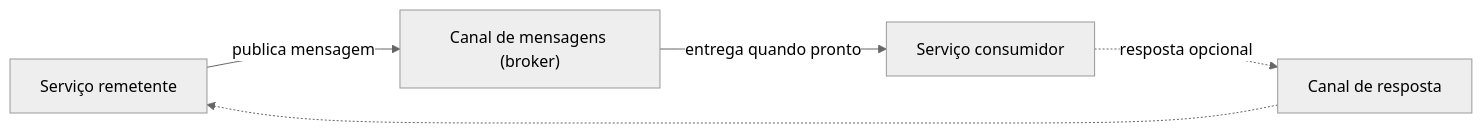
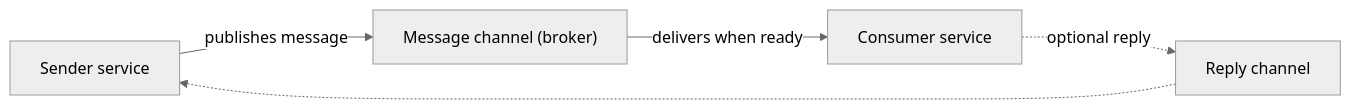
The diagram in docs/architecture/microservices/communication-styles/messaging.md (alancesar/design-patterns), drawn with Mermaid (neutral theme) before and after one commit. The commit also changed 258 other files, not shown here.

First line of the commit message:
Translate Mermaid diagrams to English

````diff
--- a/docs/architecture/microservices/communication-styles/messaging.md
+++ b/docs/architecture/microservices/communication-styles/messaging.md
@@ -60,7 +60,7 @@
 ```mermaid
 flowchart LR
-    A["Serviço remetente"] -->|"publica mensagem"| C["Canal de mensagens (broker)"]
-    C -->|"entrega quando pronto"| B["Serviço consumidor"]
-    B -.->|"resposta opcional"| R["Canal de resposta"]
+    A["Sender service"] -->|"publishes message"| C["Message channel (broker)"]
+    C -->|"delivers when ready"| B["Consumer service"]
+    B -.->|"optional reply"| R["Reply channel"]
     R -.-> A
 ```
````
